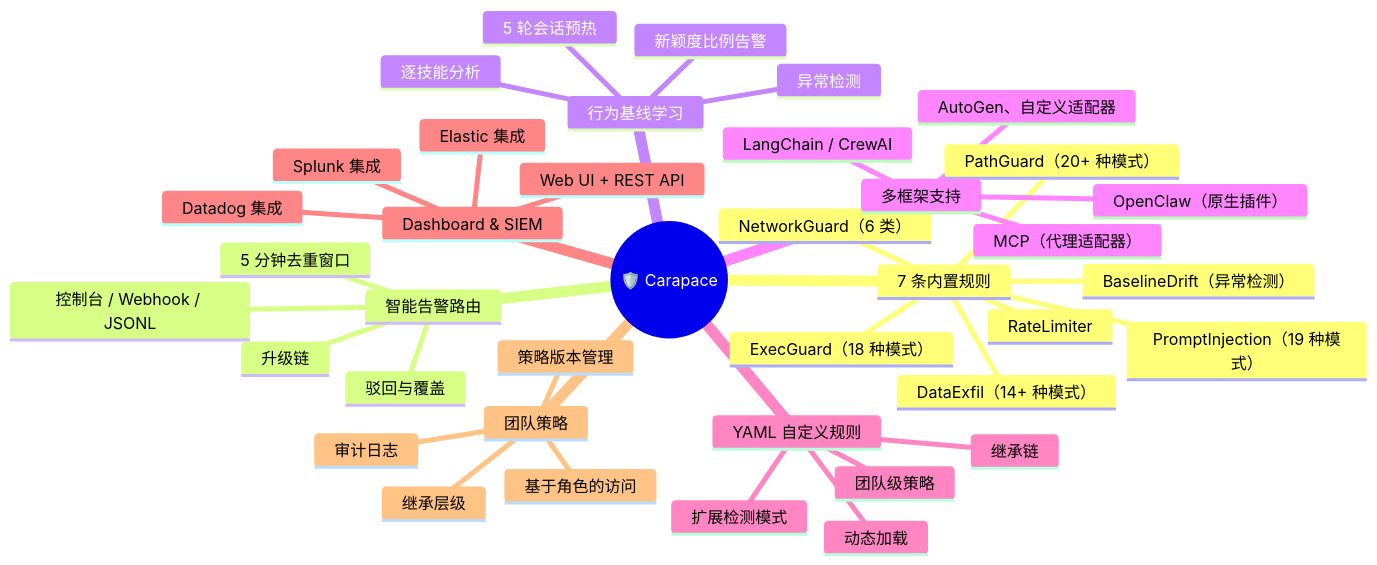
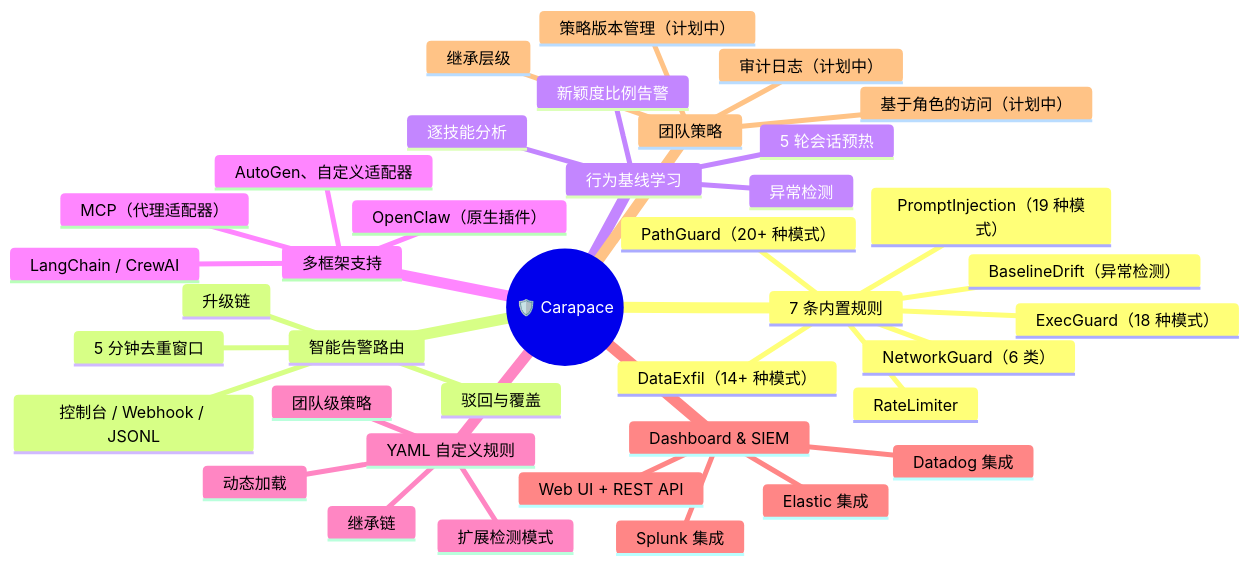
The first of 4 diagrams in README.zh-CN.md (yeasy/carapace), drawn with Mermaid before and after one commit. The commit also changed other lines of this file and 7 other files, not shown here.

````diff
--- a/README.zh-CN.md
+++ b/README.zh-CN.md
@@ -69,42 +69,42 @@
 ```mermaid
 mindmap
   root((🛡️ Carapace))
     7 条内置规则
       ExecGuard（18 种模式）
       PathGuard（20+ 种模式）
       NetworkGuard（6 类）
       RateLimiter
       PromptInjection（19 种模式）
       DataExfil（14+ 种模式）
       BaselineDrift（异常检测）
     智能告警路由
       5 分钟去重窗口
       升级链
       驳回与覆盖
       控制台 / Webhook / JSONL
     行为基线学习
       5 轮会话预热
       逐技能分析
       异常检测
       新颖度比例告警
     多框架支持
       OpenClaw（原生插件）
       MCP（代理适配器）
       LangChain / CrewAI
       AutoGen、自定义适配器
     YAML 自定义规则
       扩展检测模式
       团队级策略
       继承链
       动态加载
     Dashboard & SIEM
       Web UI + REST API
       Splunk 集成
       Elastic 集成
       Datadog 集成
     团队策略
       继承层级
-      基于角色的访问
-      策略版本管理
-      审计日志
+      基于角色的访问（计划中）
+      策略版本管理（计划中）
+      审计日志（计划中）
 ```
````
